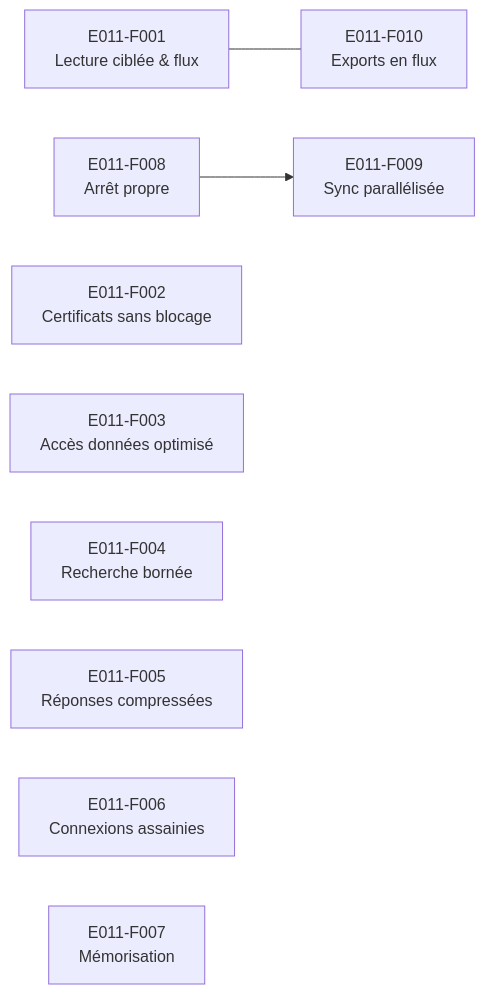
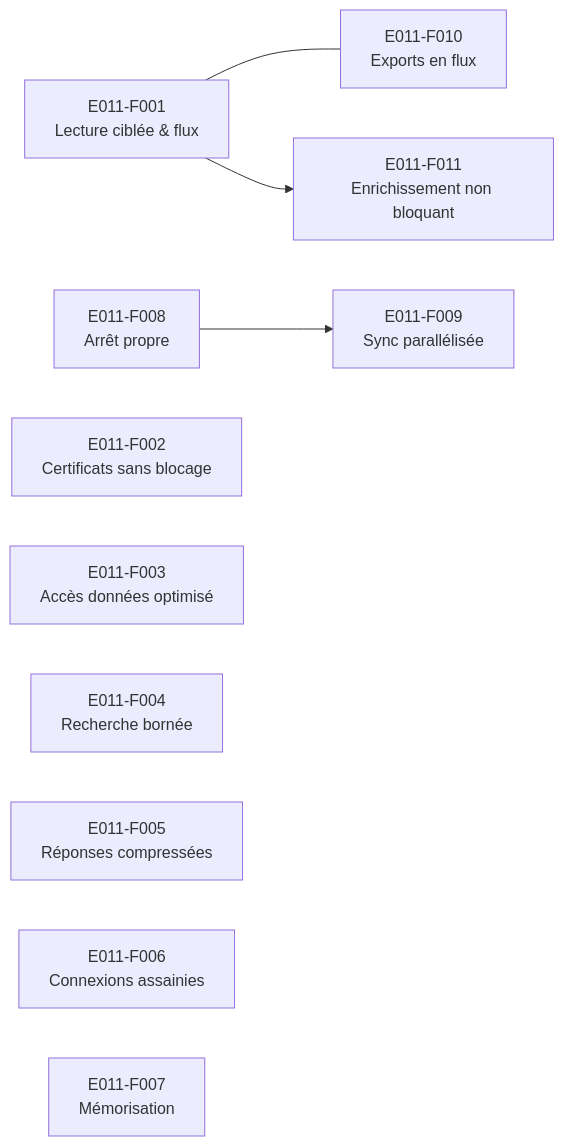
Before and after one commit to codengine-technologies/HealthPlatform.Forge: the diagram in Docs/epics/E011-performance-api-mail.md, drawn with Mermaid. The commit also changed other lines of this file and 41 other files, not shown here.

````diff
--- a/Docs/epics/E011-performance-api-mail.md
+++ b/Docs/epics/E011-performance-api-mail.md
@@ -85,11 +87,12 @@
 ```mermaid
 graph LR
     F001[E011-F001<br>Lecture ciblée & flux] --- F010[E011-F010<br>Exports en flux]
     F008[E011-F008<br>Arrêt propre] --> F009[E011-F009<br>Sync parallélisée]
     F002[E011-F002<br>Certificats sans blocage]
     F003[E011-F003<br>Accès données optimisé]
     F004[E011-F004<br>Recherche bornée]
     F005[E011-F005<br>Réponses compressées]
     F006[E011-F006<br>Connexions assainies]
     F007[E011-F007<br>Mémorisation]
+    F001 --> F011[E011-F011<br>Enrichissement non bloquant]
 ```
````
